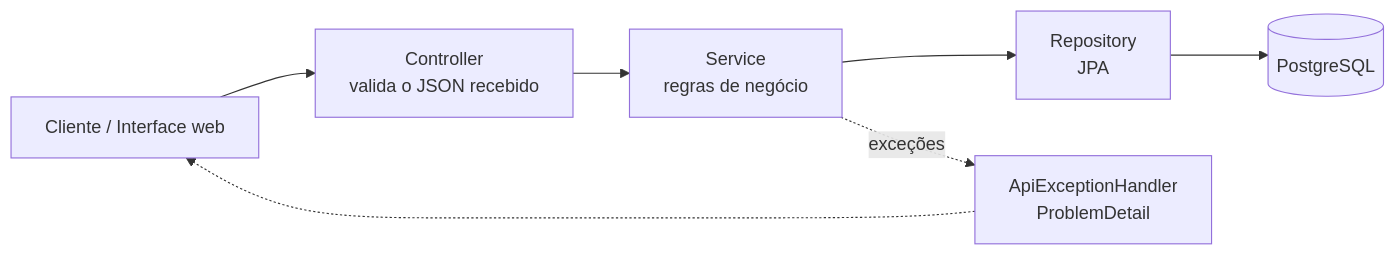
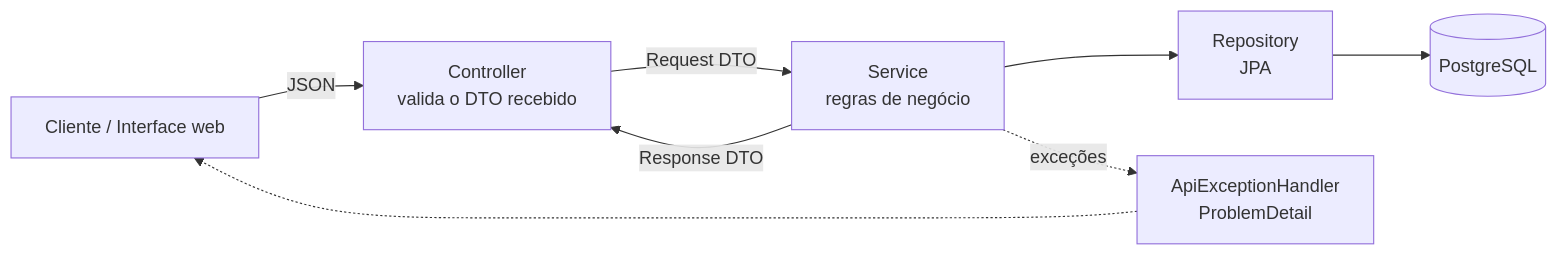
The first of 2 diagrams in README.md (Neeveszr/AgendaCampus-API), drawn with Mermaid before and after one commit. The commit also changed other lines of this file and 22 other files, not shown here.

````diff
--- a/README.md
+++ b/README.md
@@ -166,9 +169,10 @@
 ```mermaid
 flowchart LR
-    C[Cliente / Interface web] --> CT[Controller<br/>valida o JSON recebido]
-    CT --> S[Service<br/>regras de negócio]
+    C[Cliente / Interface web] -- JSON --> CT[Controller<br/>valida o DTO recebido]
+    CT -- Request DTO --> S[Service<br/>regras de negócio]
+    S -- Response DTO --> CT
     S --> R[Repository<br/>JPA]
     R --> DB[(PostgreSQL)]
     S -. exceções .-> H[ApiExceptionHandler<br/>ProblemDetail]
     H -.-> C
 ```
````
